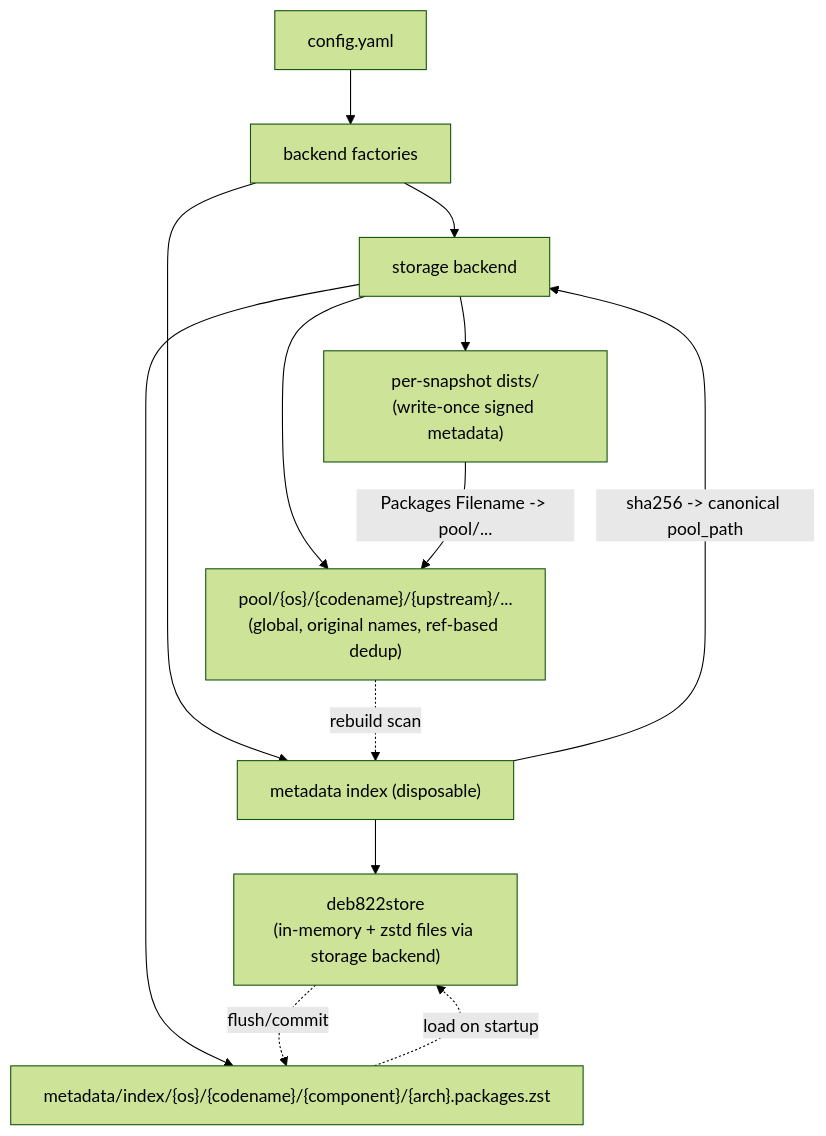
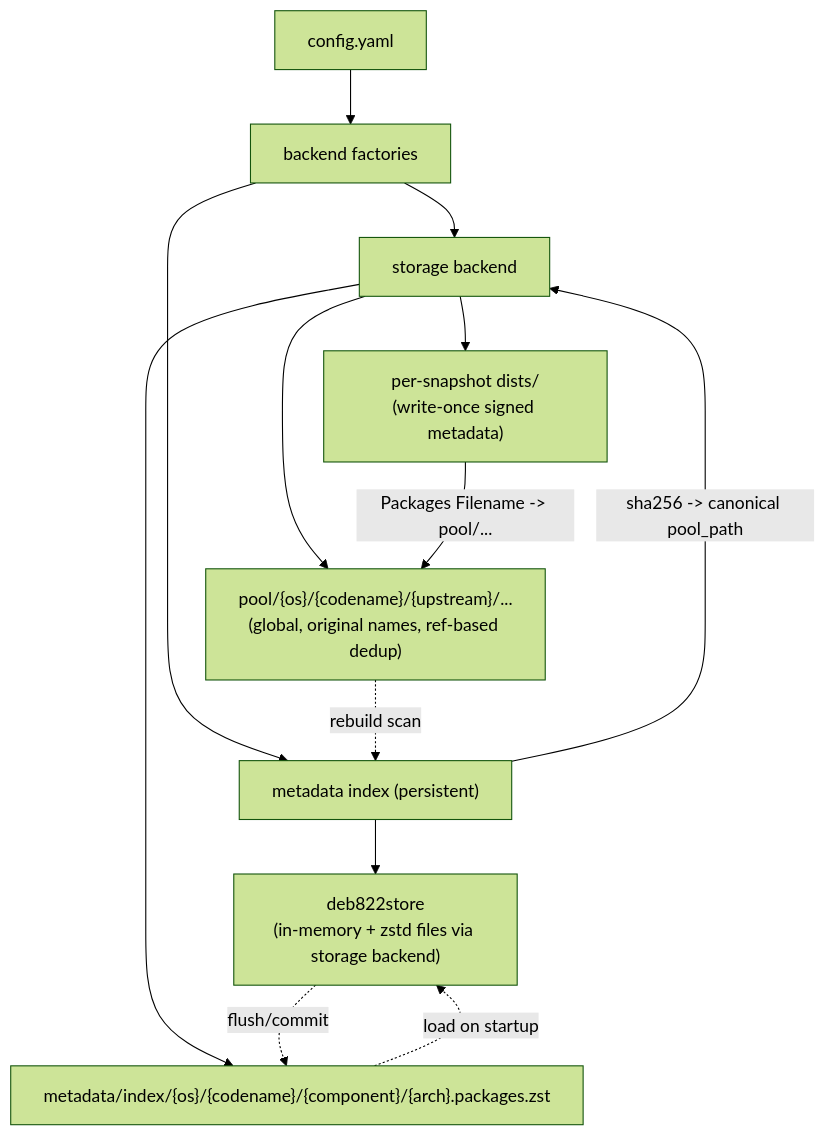
The diagram in docs/architecture.md (patrickdk77/debproxy), drawn with Mermaid (forest theme) before and after one commit. The commit also changed other lines of this file and 7 other files, not shown here.

````diff
--- a/docs/architecture.md
+++ b/docs/architecture.md
@@ -5,15 +5,15 @@
 ```mermaid
 flowchart TD
   cfg["config.yaml"] --> factory["backend factories"]
   factory --> storage["storage backend"]
-  factory --> meta["metadata index (disposable)"]
+  factory --> meta["metadata index (persistent)"]
   storage --> pool["pool/{os}/{codename}/{upstream}/...\n(global, original names, ref-based dedup)"]
   storage --> pub["per-snapshot dists/\n(write-once signed metadata)"]
   storage --> mfiles["metadata/index/{os}/{codename}/{component}/{arch}.packages.zst"]
   pub -->|"Packages Filename -> pool/..."| pool
   meta --> deb822["deb822store\n(in-memory + zstd files via storage backend)"]
   mfiles -.load on startup.-> deb822
   deb822 -.flush/commit.-> mfiles
   pool -.rebuild scan.-> meta
   meta -->|"sha256 -> canonical pool_path"| storage
 ```
````
